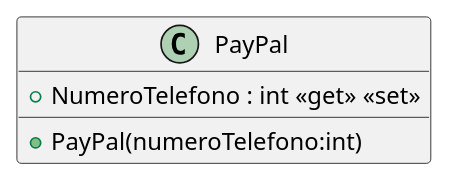
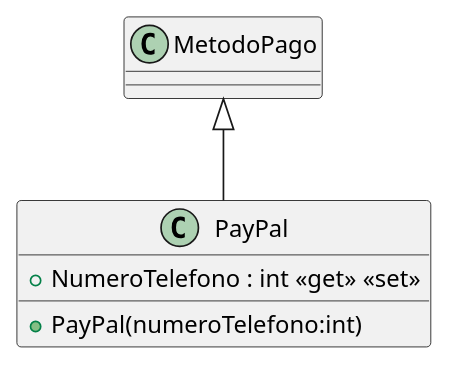
The diagram in src/AppForSEII.API/ClassDiagram/PayPal.puml (ISII2627LosElnes/ISII2627LosElnes), drawn with PlantUML before and after one commit. The commit also changed 1 other file, not shown here.

Commit message:
Corrección de la herencia de las clases google pay y paypal con respe… (#115)
Corrección de la herencia de las clases google pay y paypal con respecto metododepago

```diff
--- a/src/AppForSEII.API/ClassDiagram/PayPal.puml
+++ b/src/AppForSEII.API/ClassDiagram/PayPal.puml
@@ -1,6 +1,7 @@
 @startuml
 class PayPal {
     + PayPal(numeroTelefono:int)
     + NumeroTelefono : int <<get>> <<set>>
 }
+MetodoPago <|-- PayPal
 @enduml
```
